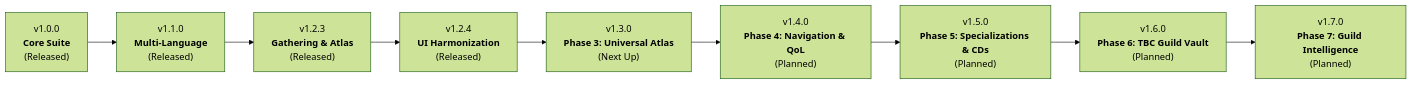
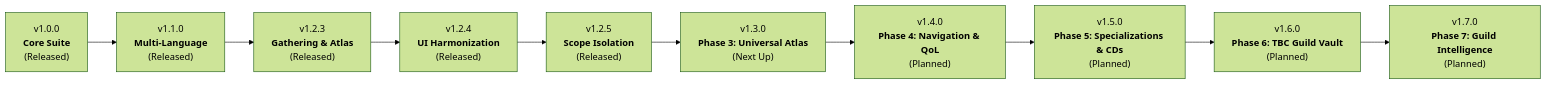
Before and after one commit to VhelCodez/GSFHub: the diagram in ROADMAP.md, drawn with Mermaid (forest theme). The commit also changed other lines of this file and 14 other files, not shown here.

Commit message:
fix(core): implement multi-guild and solo character scope isolation

````diff
--- a/ROADMAP.md
+++ b/ROADMAP.md
@@ -9,11 +9,12 @@
 ```mermaid
 graph LR
     v10["v1.0.0<br/><b>Core Suite</b><br/>(Released)"] --> v11["v1.1.0<br/><b>Multi-Language</b><br/>(Released)"]
     v11 --> v12["v1.2.3<br/><b>Gathering & Atlas</b><br/>(Released)"]
     v12 --> v124["v1.2.4<br/><b>UI Harmonization</b><br/>(Released)"]
-    v124 --> v13["v1.3.0<br/><b>Phase 3: Universal Atlas</b><br/>(Next Up)"]
+    v124 --> v125["v1.2.5<br/><b>Scope Isolation</b><br/>(Released)"]
+    v125 --> v13["v1.3.0<br/><b>Phase 3: Universal Atlas</b><br/>(Next Up)"]
     v13 --> v14["v1.4.0<br/><b>Phase 4: Navigation & QoL</b><br/>(Planned)"]
     v14 --> v15["v1.5.0<br/><b>Phase 5: Specializations & CDs</b><br/>(Planned)"]
     v15 --> v16["v1.6.0<br/><b>Phase 6: TBC Guild Vault</b><br/>(Planned)"]
     v16 --> v17["v1.7.0<br/><b>Phase 7: Guild Intelligence</b><br/>(Planned)"]
 ```
````
